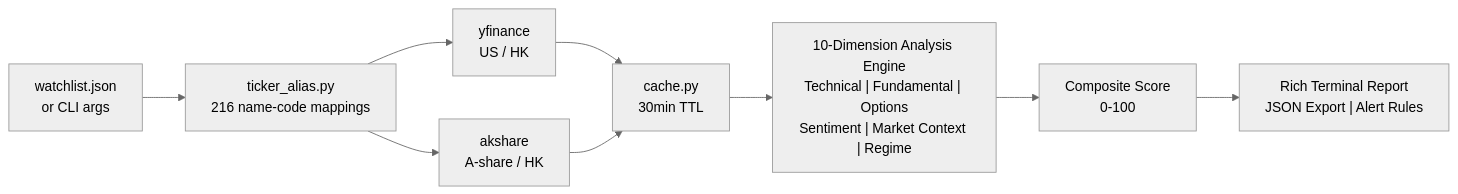
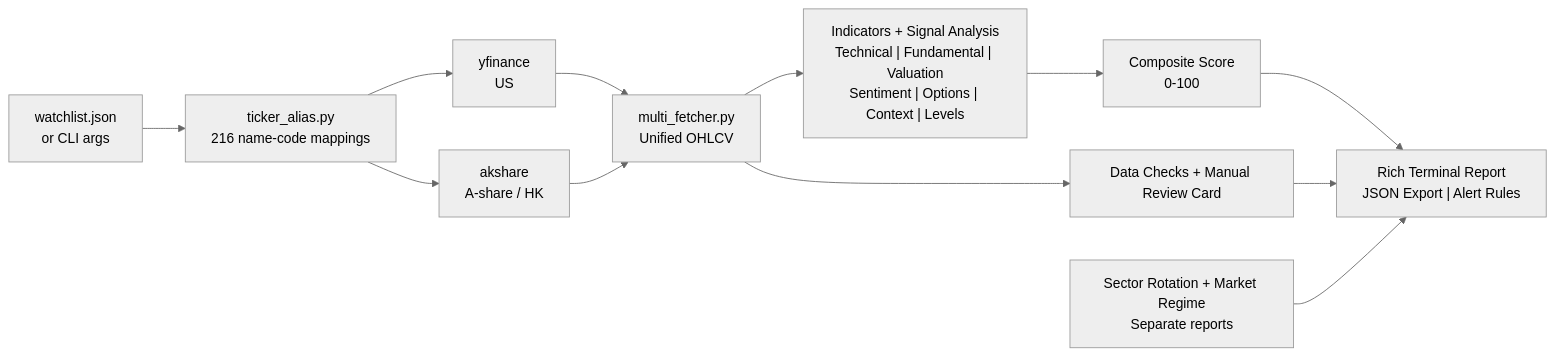
Before and after one commit to KAMCHIU-LAB/Stock_Monitor: the first of 4 diagrams in README.md, drawn with Mermaid (neutral theme). The commit also changed other lines of this file and 34 other files, not shown here.

````diff
--- a/README.md
+++ b/README.md
@@ -34,11 +79,14 @@
 ```mermaid
 flowchart LR
     A1["watchlist.json\nor CLI args"] --> A2["ticker_alias.py\n216 name-code mappings"]
-    A2 --> B1["yfinance\nUS / HK"]
+    A2 --> B1["yfinance\nUS"]
     A2 --> B2["akshare\nA-share / HK"]
-    B1 --> B3["cache.py\n30min TTL"]
+    B1 --> B3["multi_fetcher.py\nUnified OHLCV"]
     B2 --> B3
-    B3 --> C["10-Dimension Analysis Engine\nTechnical | Fundamental | Options\nSentiment | Market Context | Regime"]
+    B3 --> C["Indicators + Signal Analysis\nTechnical | Fundamental | Valuation\nSentiment | Options | Context | Levels"]
     C --> D1["Composite Score\n0-100"]
     D1 --> D2["Rich Terminal Report\nJSON Export | Alert Rules"]
+    B3 --> CHECK["Data Checks + Manual Review Card"]
+    CHECK --> D2
+    EXTRA["Sector Rotation + Market Regime\nSeparate reports"] --> D2
 ```
````
